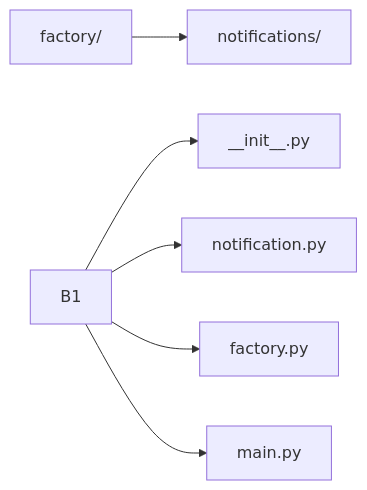
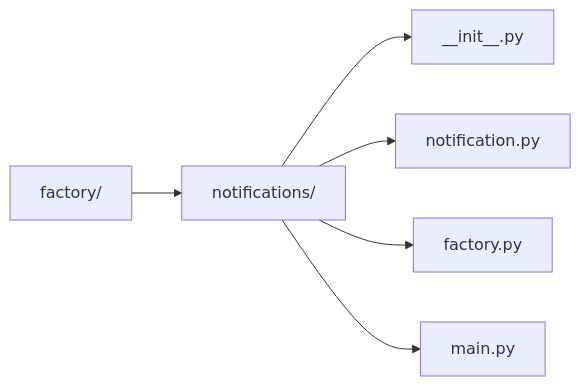
One commit to nathasjafink/Design-Patterns-Code-Examples changed the diagram in factory/notifications/README.md. Above: the diagram before and after it, drawn with Mermaid.

````diff
--- a/factory/notifications/README.md
+++ b/factory/notifications/README.md
@@ -12,12 +12,12 @@
 ```mermaid
 graph LR
     A[factory/]
     
     A --> B[notifications/]
-    B1 --> B51[__init__.py]
-    B1 --> B52[notification.py]
-    B1 --> B53[factory.py]
-    B1 --> B54[main.py]
+    B --> B51[__init__.py]
+    B --> B52[notification.py]
+    B --> B53[factory.py]
+    B --> B54[main.py]
     
     
 ```    
````
